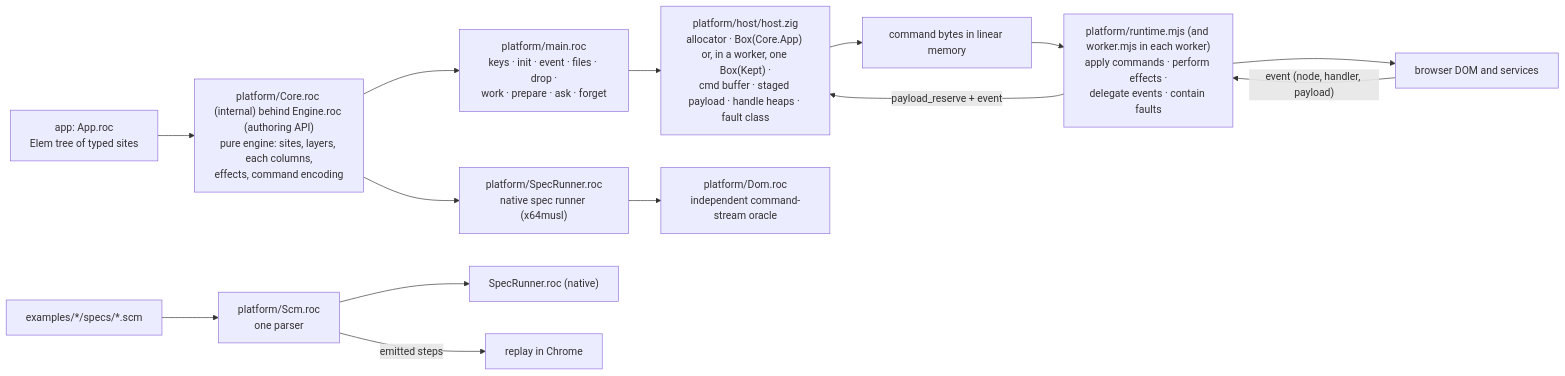
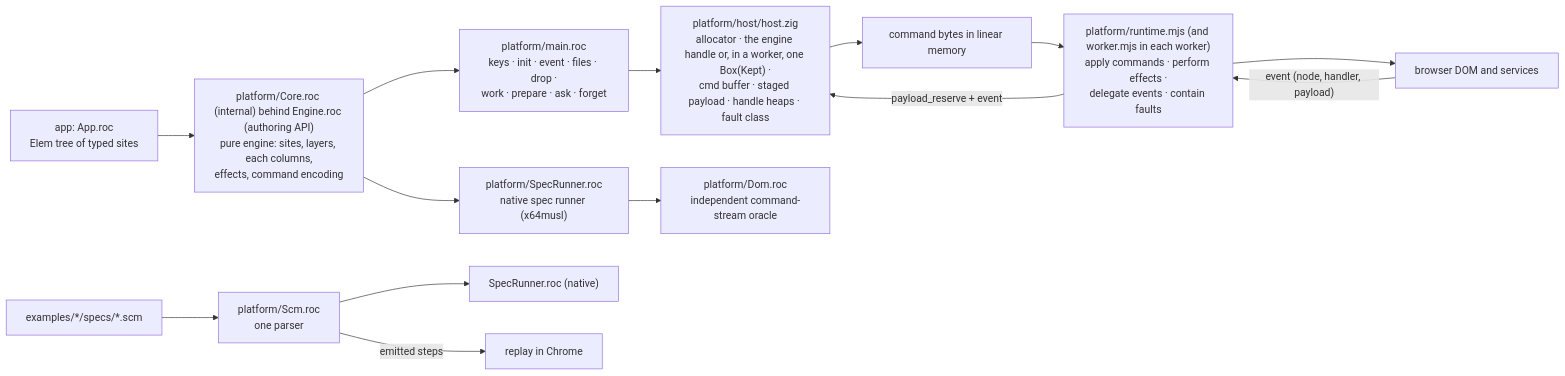
The diagram in design.md (lukewilliamboswell/roc-signals), drawn with Mermaid before and after one commit. The commit also changed other lines of this file and 2 other files, not shown here.

First line of the commit message:
Hand the engine state to the host as a boxed Iter

````diff
--- a/design.md
+++ b/design.md
@@ -263,17 +263,17 @@
 ```mermaid
 flowchart LR
     App["app: App.roc<br/>Elem tree of typed sites"] --> Engine["platform/Core.roc (internal) behind Engine.roc (authoring API)<br/>pure engine: sites, layers, each columns,<br/>effects, command encoding"]
     Engine --> Main["platform/main.roc<br/>keys · init · event · files · drop ·<br/>work · prepare · ask · forget"]
-    Main --> Host["platform/host/host.zig<br/>allocator · Box(Core.App) or, in a worker, one Box(Kept) ·<br/>cmd buffer · staged payload · handle heaps · fault class"]
+    Main --> Host["platform/host/host.zig<br/>allocator · the engine handle or, in a worker, one Box(Kept) ·<br/>cmd buffer · staged payload · handle heaps · fault class"]
     Host --> Wire["command bytes in linear memory"]
     Wire --> JS["platform/runtime.mjs (and worker.mjs in each worker)<br/>apply commands · perform effects ·<br/>delegate events · contain faults"]
     JS --> DOM["browser DOM and services"]
     DOM -->|"event (node, handler, payload)"| JS
     JS -->|"payload_reserve + event"| Host
 
     Engine --> Test["platform/SpecRunner.roc<br/>native spec runner (x64musl)"]
     Test --> Oracle["platform/Dom.roc<br/>independent command-stream oracle"]
     Scm["examples/*/specs/*.scm"] --> Parser["platform/Scm.roc<br/>one parser"]
     Parser --> Native["SpecRunner.roc (native)"]
     Parser -->|"emitted steps"| Browser["replay in Chrome"]
 ```
````
